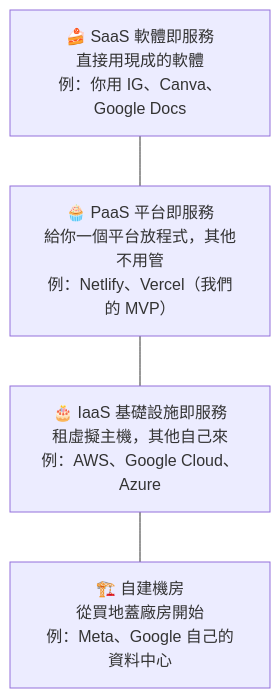
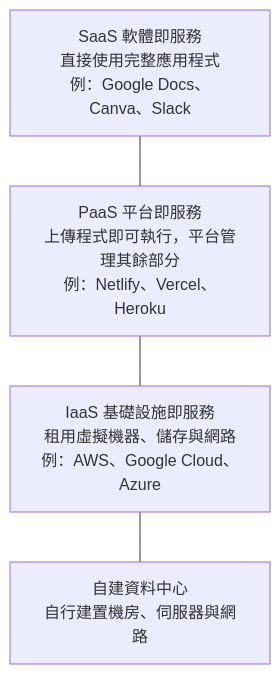
One commit to cychiang-ntpu/VibeNTPU changed the fourth of 5 diagrams in lectures/wk01_1007_saas-storefront/social_media_architecture.md. Above: the diagram before and after it, drawn with Mermaid. The commit also changed other lines of this file and 43 other files, not shown here.

````diff
--- a/lectures/wk01_1007_saas-storefront/social_media_architecture.md
+++ b/lectures/wk01_1007_saas-storefront/social_media_architecture.md
@@ -168,8 +254,8 @@
 ```mermaid
 flowchart TB
-    SAAS["🍰 SaaS 軟體即服務<br/>直接用現成的軟體<br/>例：你用 IG、Canva、Google Docs"]
-    PAAS["🧁 PaaS 平台即服務<br/>給你一個平台放程式，其他不用管<br/>例：Netlify、Vercel（我們的 MVP）"]
-    IAAS["🎂 IaaS 基礎設施即服務<br/>租虛擬主機，其他自己來<br/>例：AWS、Google Cloud、Azure"]
-    OWN["🏗️ 自建機房<br/>從買地蓋廠房開始<br/>例：Meta、Google 自己的資料中心"]
+    SAAS["SaaS 軟體即服務<br/>直接使用完整應用程式<br/>例：Google Docs、Canva、Slack"]
+    PAAS["PaaS 平台即服務<br/>上傳程式即可執行，平台管理其餘部分<br/>例：Netlify、Vercel、Heroku"]
+    IAAS["IaaS 基礎設施即服務<br/>租用虛擬機器、儲存與網路<br/>例：AWS、Google Cloud、Azure"]
+    OWN["自建資料中心<br/>自行建置機房、伺服器與網路"]
     SAAS --- PAAS --- IAAS --- OWN
 ```
````
